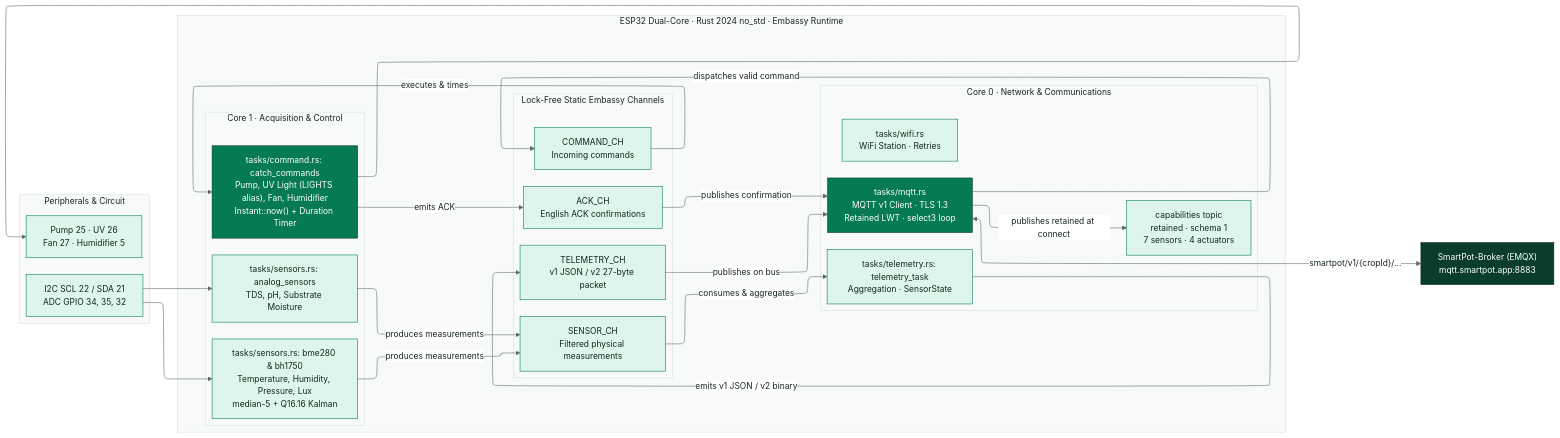
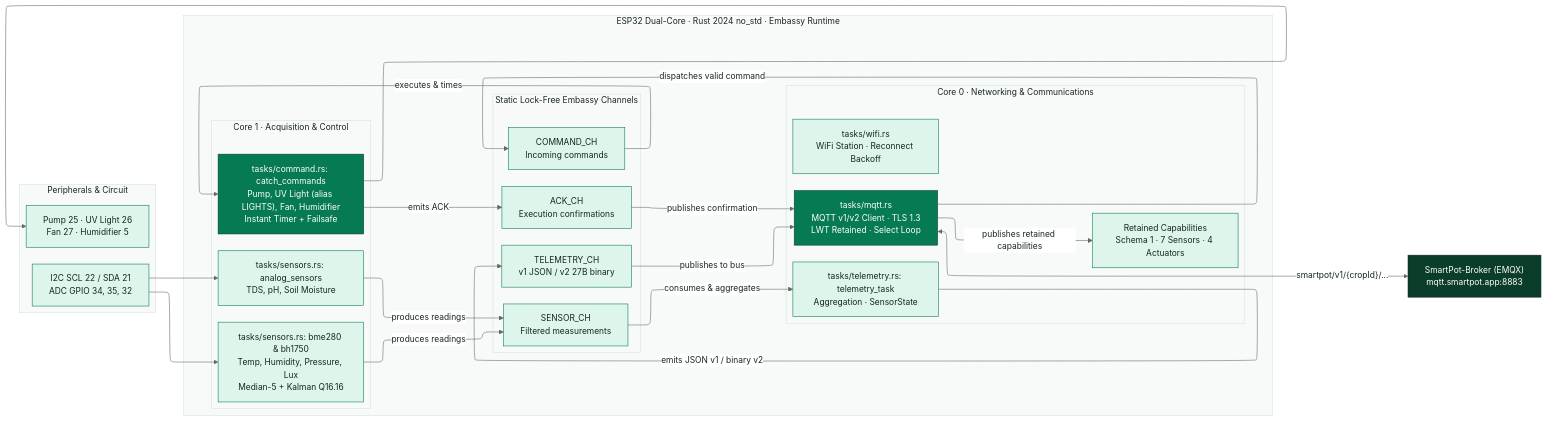
The diagram in docs/SmartPot_IoT_Rust_Documentation.md (SmartPotTech/SmartPot-IoT), drawn with Mermaid before and after one commit. The commit also changed other lines of this file and 4 other files, not shown here.

Commit message:
docs(specs): synchronize 100% english documentation and mmd diagrams

````diff
--- a/docs/SmartPot_IoT_Rust_Documentation.md
+++ b/docs/SmartPot_IoT_Rust_Documentation.md
@@ -55,62 +51,62 @@
 ```mermaid
 %%{init: {"theme": "base", "fontFamily": "Segoe UI, Arial, sans-serif", "themeVariables": {"fontFamily": "Segoe UI, Arial, sans-serif", "fontSize": "15px", "primaryColor": "#DDF5EA", "primaryTextColor": "#17261F", "primaryBorderColor": "#067A52", "secondaryColor": "#E3F2FB", "secondaryTextColor": "#17261F", "secondaryBorderColor": "#1F6FA0", "tertiaryColor": "#F2F7F4", "tertiaryTextColor": "#17261F", "tertiaryBorderColor": "#D5E3DC", "lineColor": "#5B6B63", "textColor": "#17261F", "mainBkg": "#DDF5EA", "nodeBorder": "#067A52", "clusterBkg": "#F7FAF8", "clusterBorder": "#D5E3DC", "edgeLabelBackground": "#FFFFFF", "actorBkg": "#067A52", "actorBorder": "#0B3D2B", "actorTextColor": "#FFFFFF", "actorLineColor": "#5B6B63", "signalColor": "#17261F", "signalTextColor": "#17261F", "labelBoxBkgColor": "#0B3D2B", "labelBoxBorderColor": "#0B3D2B", "labelTextColor": "#FFFFFF", "loopTextColor": "#0B3D2B", "noteBkgColor": "#FDF4DD", "noteBorderColor": "#C98D12", "noteTextColor": "#17261F", "activationBkgColor": "#DDF5EA", "activationBorderColor": "#067A52", "attributeBackgroundColorOdd": "#FFFFFF", "attributeBackgroundColorEven": "#F2F7F4"}, "layout": "elk", "elk": {"nodePlacementStrategy": "BRANDES_KOEPF", "mergeEdges": false, "cycleBreakingStrategy": "GREEDY"}}}%%
 flowchart LR
   subgraph esp["ESP32 Dual-Core · Rust 2024 no_std · Embassy Runtime"]
     direction TB
-    subgraph core0["Core 0 · Network & Communications"]
+    subgraph core0["Core 0 · Networking & Communications"]
       direction TB
-      wifi["tasks/wifi.rs<br/>WiFi Station · Retries"]
-      mqtt["tasks/mqtt.rs<br/>MQTT v1 Client · TLS 1.3<br/>Retained LWT · select3 loop"]
+      wifi["tasks/wifi.rs<br/>WiFi Station · Reconnect Backoff"]
+      mqtt["tasks/mqtt.rs<br/>MQTT v1/v2 Client · TLS 1.3<br/>LWT Retained · Select Loop"]
       telem["tasks/telemetry.rs: telemetry_task<br/>Aggregation · SensorState"]
-      caps["capabilities topic<br/>retained · schema 1<br/>7 sensors · 4 actuators"]
+      caps["Retained Capabilities<br/>Schema 1 · 7 Sensors · 4 Actuators"]
     end
 
     subgraph core1["Core 1 · Acquisition & Control"]
       direction TB
-      i2c["tasks/sensors.rs: bme280 & bh1750<br/>Temperature, Humidity, Pressure, Lux<br/>median-5 + Q16.16 Kalman"]
-      adc["tasks/sensors.rs: analog_sensors<br/>TDS, pH, Substrate Moisture"]
-      act["tasks/command.rs: catch_commands<br/>Pump, UV Light (LIGHTS alias), Fan, Humidifier<br/>Instant::now() + Duration Timer"]
+      i2c["tasks/sensors.rs: bme280 & bh1750<br/>Temp, Humidity, Pressure, Lux<br/>Median-5 + Kalman Q16.16"]
+      adc["tasks/sensors.rs: analog_sensors<br/>TDS, pH, Soil Moisture"]
+      act["tasks/command.rs: catch_commands<br/>Pump, UV Light (alias LIGHTS), Fan, Humidifier<br/>Instant Timer + Failsafe"]
     end
 
-    subgraph channels["Lock-Free Static Embassy Channels"]
+    subgraph channels["Static Lock-Free Embassy Channels"]
       direction TB
-      sch["SENSOR_CH<br/>Filtered physical measurements"]
+      sch["SENSOR_CH<br/>Filtered measurements"]
       cch["COMMAND_CH<br/>Incoming commands"]
-      ach["ACK_CH<br/>English ACK confirmations"]
-      tch["TELEMETRY_CH<br/>v1 JSON / v2 27-byte packet"]
+      ach["ACK_CH<br/>Execution confirmations"]
+      tch["TELEMETRY_CH<br/>v1 JSON / v2 27B binary"]
     end
   end
 
   subgraph hw["Peripherals & Circuit"]
     direction TB
     sens["I2C SCL 22 / SDA 21<br/>ADC GPIO 34, 35, 32"]
-    outs["Pump 25 · UV 26<br/>Fan 27 · Humidifier 5"]
+    outs["Pump 25 · UV Light 26<br/>Fan 27 · Humidifier 5"]
   end
 
   broker["SmartPot-Broker (EMQX)<br/>mqtt.smartpot.app:8883"]
 
   sens --> i2c & adc
   act --> outs
 
-  i2c & adc -->|"produces measurements"| sch
+  i2c & adc -->|"produces readings"| sch
   sch -->|"consumes & aggregates"| telem
-  telem -->|"emits v1 JSON / v2 binary"| tch
-  tch -->|"publishes on bus"| mqtt
-  mqtt -->|"publishes retained at connect"| caps
+  telem -->|"emits JSON v1 / binary v2"| tch
+  tch -->|"publishes to bus"| mqtt
+  mqtt -->|"publishes retained capabilities"| caps
 
   mqtt <-->|"smartpot/v1/{cropId}/..."| broker
   mqtt -->|"dispatches valid command"| cch
   cch -->|"executes & times"| act
   act -->|"emits ACK"| ach
   ach -->|"publishes confirmation"| mqtt
 
   classDef leaf fill:#DDF5EA,stroke:#067A52,color:#17261F
   classDef water fill:#E3F2FB,stroke:#1F6FA0,color:#17261F
   classDef sun fill:#FDF4DD,stroke:#C98D12,color:#17261F
   classDef clay fill:#FBE9E1,stroke:#B85A38,color:#17261F
   classDef core fill:#067A52,stroke:#0B3D2B,color:#FFFFFF
   classDef deep fill:#0B3D2B,stroke:#06281C,color:#FFFFFF
   classDef muted fill:#F2F7F4,stroke:#5B6B63,color:#17261F
   class mqtt,act core
   class broker deep
 ```
````
